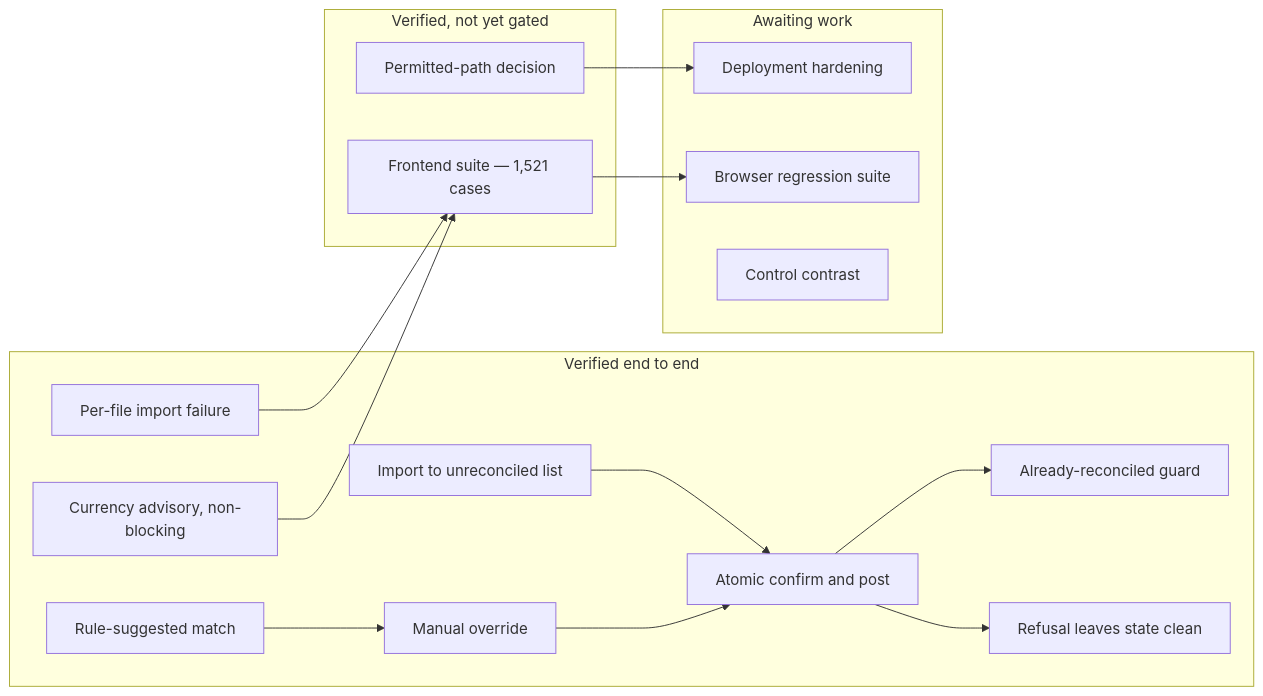
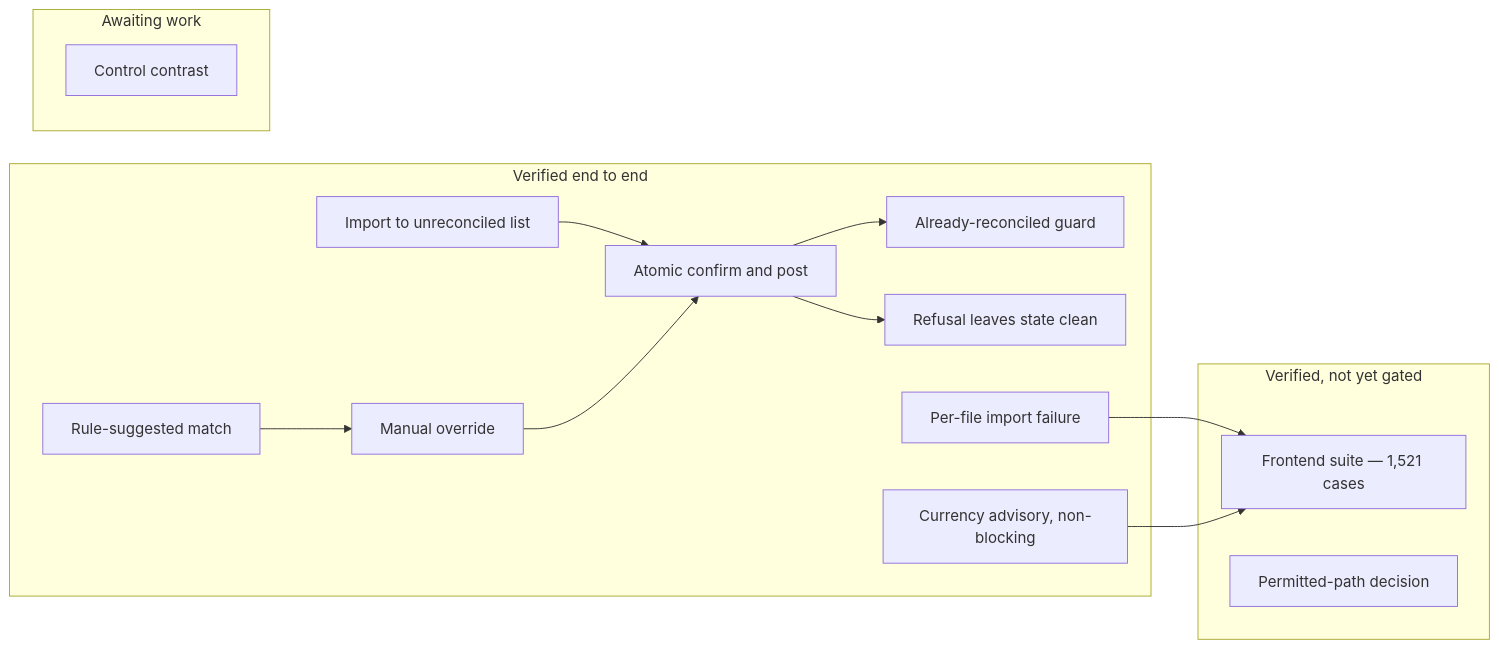
The fourth of 4 diagrams in blitzy/documentation/Project Guide.md (blitzy-public-samples/erpnext-frappe-sample), drawn with Mermaid before and after one commit. The commit also changed other lines of this file, not shown here.

First line of the commit message:
docs(project-guide): drop deployment hardening and browser regression suite from remaining work

````diff
--- a/blitzy/documentation/Project Guide.md
+++ b/blitzy/documentation/Project Guide.md
@@ -260,34 +254,30 @@
 ```mermaid
 graph LR
     subgraph Verified["Verified end to end"]
         A["Import to unreconciled list"]
         B["Rule-suggested match"]
         C["Manual override"]
         D["Atomic confirm and post"]
         E["Already-reconciled guard"]
         F["Refusal leaves state clean"]
         G["Per-file import failure"]
         H["Currency advisory, non-blocking"]
     end
 
     subgraph Partial["Verified, not yet gated"]
         I["Frontend suite — 1,521 cases"]
         J["Permitted-path decision"]
     end
 
     subgraph Outstanding["Awaiting work"]
-        K["Deployment hardening"]
-        L["Browser regression suite"]
         M["Control contrast"]
     end
 
     A --> D
     B --> C
     C --> D
     D --> E
     D --> F
     G --> I
     H --> I
-    I --> L
-    J --> K
 ```
````
